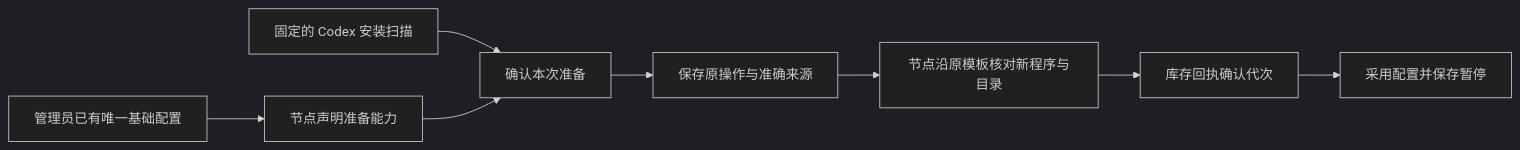
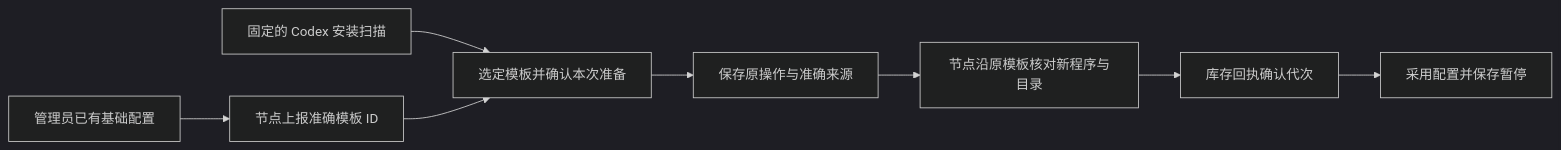
The second of 2 diagrams in docs/architecture/managed-tool-preparation.md (ai-mada/suma), drawn with Mermaid (dark theme) before and after one commit. The commit also changed other lines of this file and 31 other files, not shown here.

````diff
--- a/docs/architecture/managed-tool-preparation.md
+++ b/docs/architecture/managed-tool-preparation.md
@@ -61,10 +61,10 @@
 ```mermaid
 flowchart LR
-  A[管理员已有唯一基础配置] --> B[节点声明准备能力]
-  C[固定的 Codex 安装扫描] --> D[确认本次准备]
+  A[管理员已有基础配置] --> B[节点上报准确模板 ID]
+  C[固定的 Codex 安装扫描] --> D[选定模板并确认本次准备]
   B --> D
   D --> E[保存原操作与准确来源]
   E --> F[节点沿原模板核对新程序与目录]
   F --> G[库存回执确认代次]
   G --> H[采用配置并保存暂停]
 ```
````
